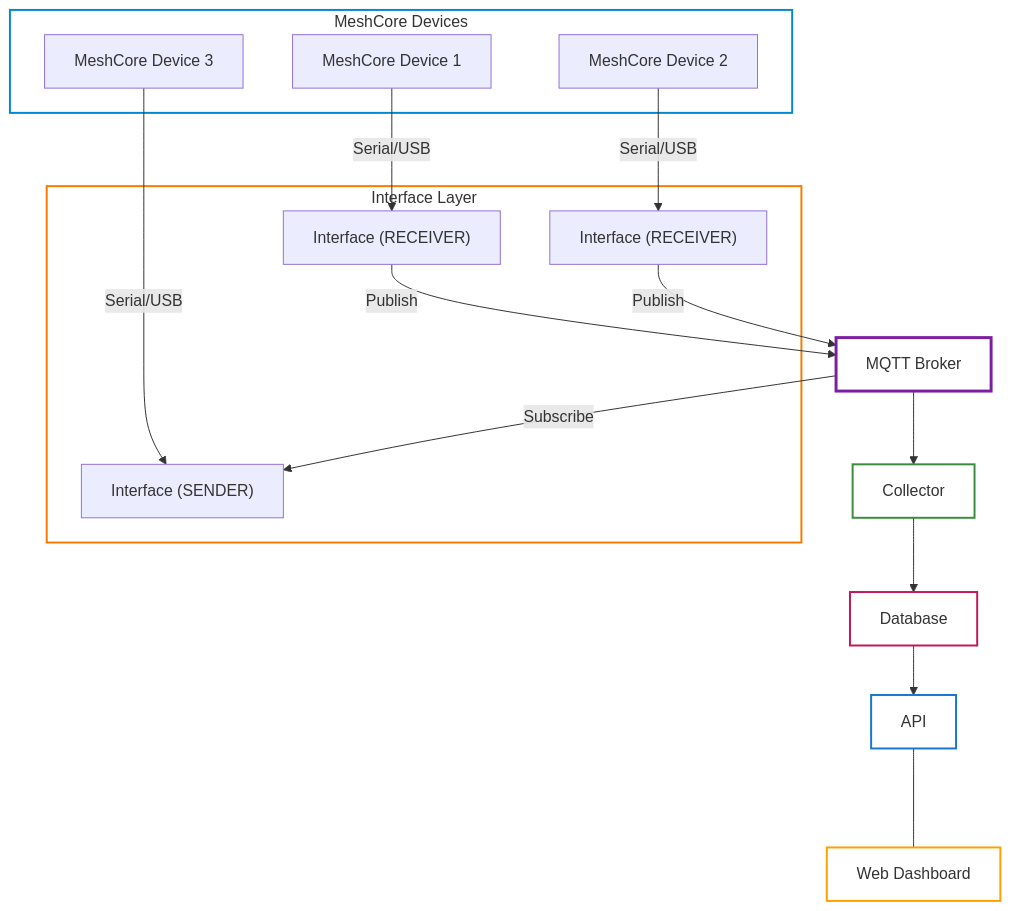
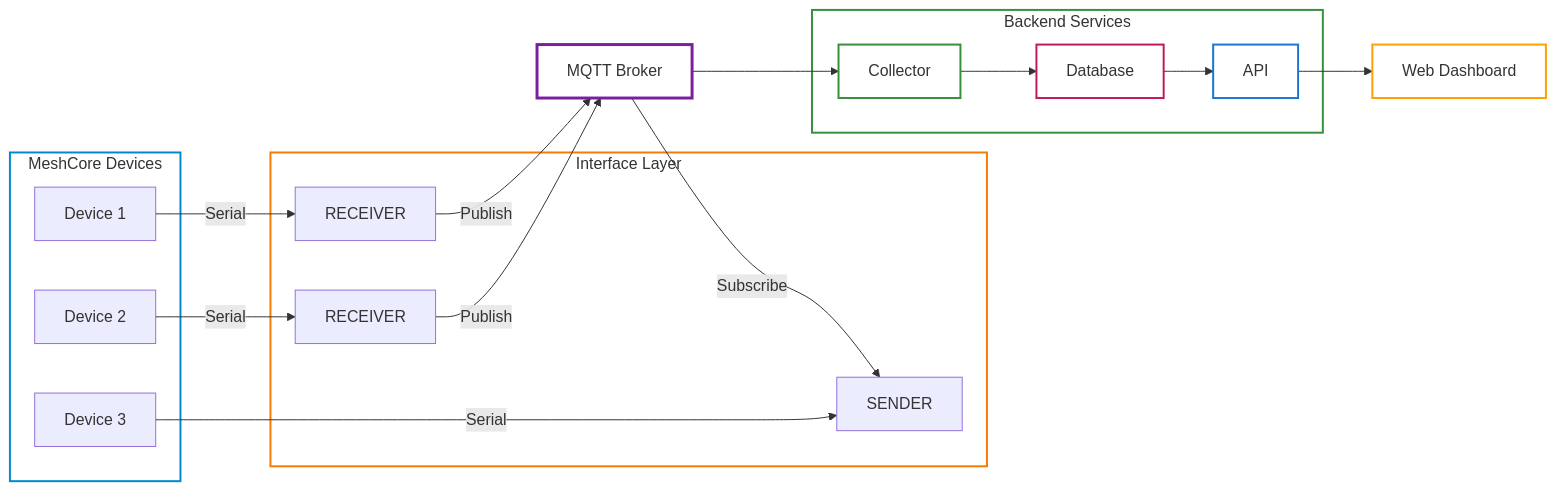
One commit to ipnet-mesh/meshcore-hub changed the first of 2 diagrams in README.md. Above: the diagram before and after it, drawn with Mermaid.

Commit message:
Updated diagrams

````diff
--- a/README.md
+++ b/README.md
@@ -20,36 +20,40 @@
 ```mermaid
-flowchart TB
+flowchart LR
     subgraph Devices["MeshCore Devices"]
-        D1["MeshCore Device 1"]
-        D2["MeshCore Device 2"]
-        D3["MeshCore Device 3"]
+        D1["Device 1"]
+        D2["Device 2"]
+        D3["Device 3"]
     end
 
     subgraph Interfaces["Interface Layer"]
-        I1["Interface (RECEIVER)"]
-        I2["Interface (RECEIVER)"]
-        I3["Interface (SENDER)"]
+        I1["RECEIVER"]
+        I2["RECEIVER"]
+        I3["SENDER"]
     end
 
-    D1 -->|Serial/USB| I1
-    D2 -->|Serial/USB| I2
-    D3 -->|Serial/USB| I3
+    D1 -->|Serial| I1
+    D2 -->|Serial| I2
+    D3 -->|Serial| I3
 
     I1 -->|Publish| MQTT
     I2 -->|Publish| MQTT
     MQTT -->|Subscribe| I3
 
     MQTT["MQTT Broker"]
+
+    subgraph Backend["Backend Services"]
+        Collector --> Database --> API
+    end
+
     MQTT --> Collector
-    Collector --> Database
-    Database --> API
-    API <--- Web["Web Dashboard"]
+    API --> Web["Web Dashboard"]
 
     style Devices fill:none,stroke:#0288d1,stroke-width:2px
     style Interfaces fill:none,stroke:#f57c00,stroke-width:2px
+    style Backend fill:none,stroke:#388e3c,stroke-width:2px
     style MQTT fill:none,stroke:#7b1fa2,stroke-width:3px
     style Collector fill:none,stroke:#388e3c,stroke-width:2px
     style Database fill:none,stroke:#c2185b,stroke-width:2px
     style API fill:none,stroke:#1976d2,stroke-width:2px
     style Web fill:none,stroke:#ffa000,stroke-width:2px
 ```
````
